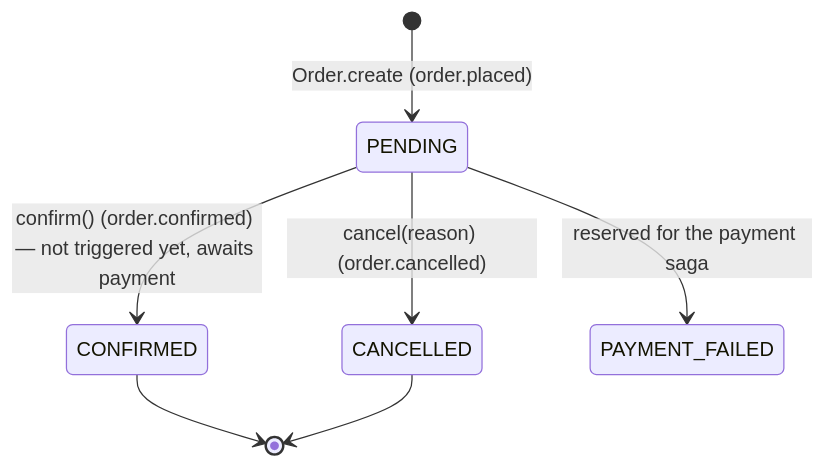
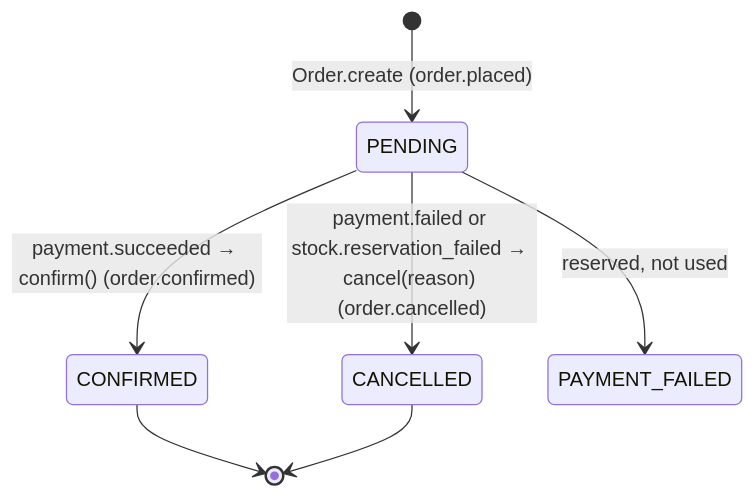
One commit to NamCaoDev/nestjs-ecommerce changed the diagram in docs/message-flows/diagrams/03-cancel-order-on-reservation-failure/03-order-status-lifecycle.mmd. Above: the diagram before and after it, drawn with Mermaid. The commit also changed 330 other files, not shown here.

```diff
--- a/docs/message-flows/diagrams/03-cancel-order-on-reservation-failure/03-order-status-lifecycle.mmd
+++ b/docs/message-flows/diagrams/03-cancel-order-on-reservation-failure/03-order-status-lifecycle.mmd
@@ -1,7 +1,7 @@
 stateDiagram-v2
   [*] --> PENDING: Order.create (order.placed)
-  PENDING --> CONFIRMED: confirm() (order.confirmed) — not triggered yet, awaits payment
-  PENDING --> CANCELLED: cancel(reason) (order.cancelled)
-  PENDING --> PAYMENT_FAILED: reserved for the payment saga
+  PENDING --> CONFIRMED: payment.succeeded → confirm() (order.confirmed)
+  PENDING --> CANCELLED: payment.failed or stock.reservation_failed → cancel(reason) (order.cancelled)
+  PENDING --> PAYMENT_FAILED: reserved, not used
   CONFIRMED --> [*]
   CANCELLED --> [*]
```
